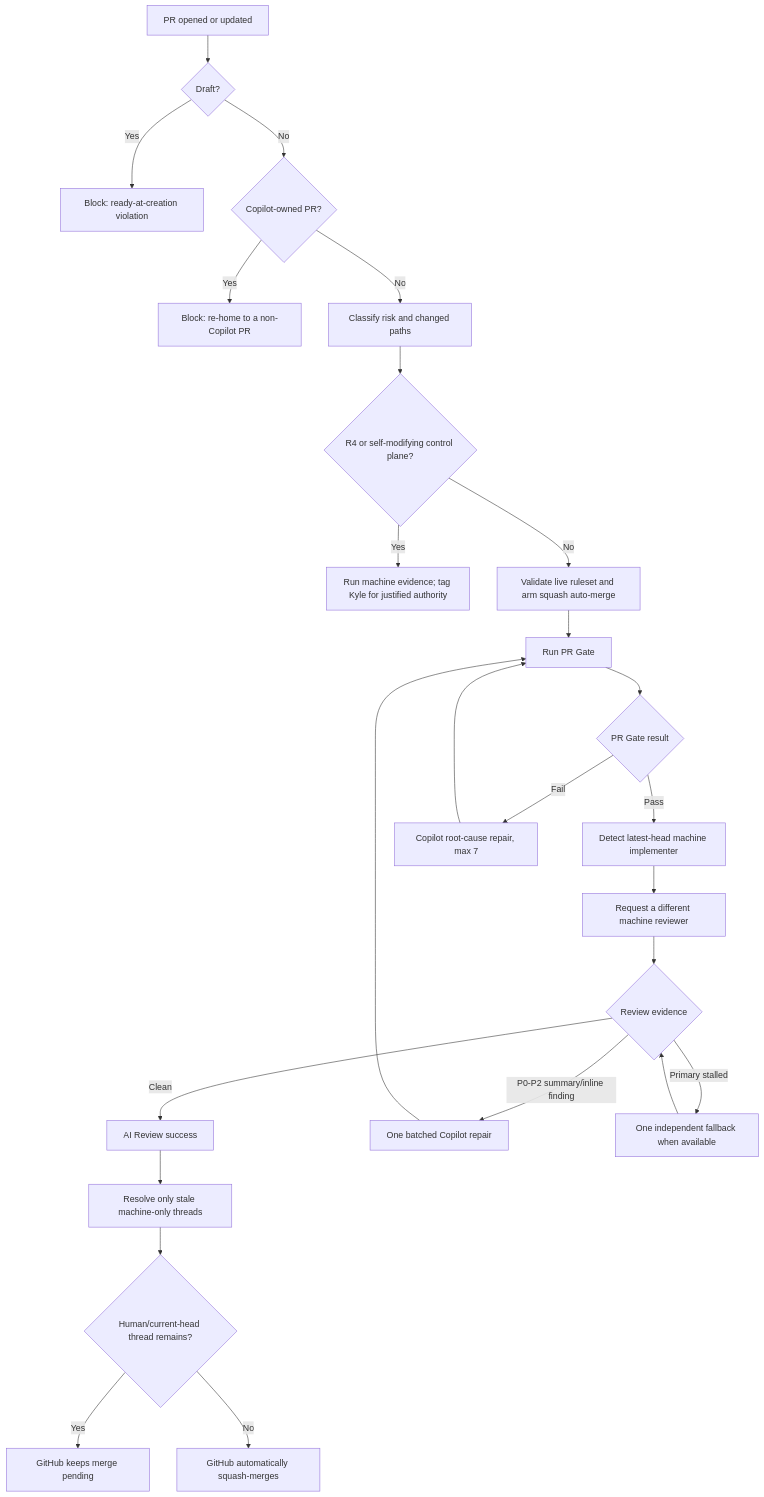
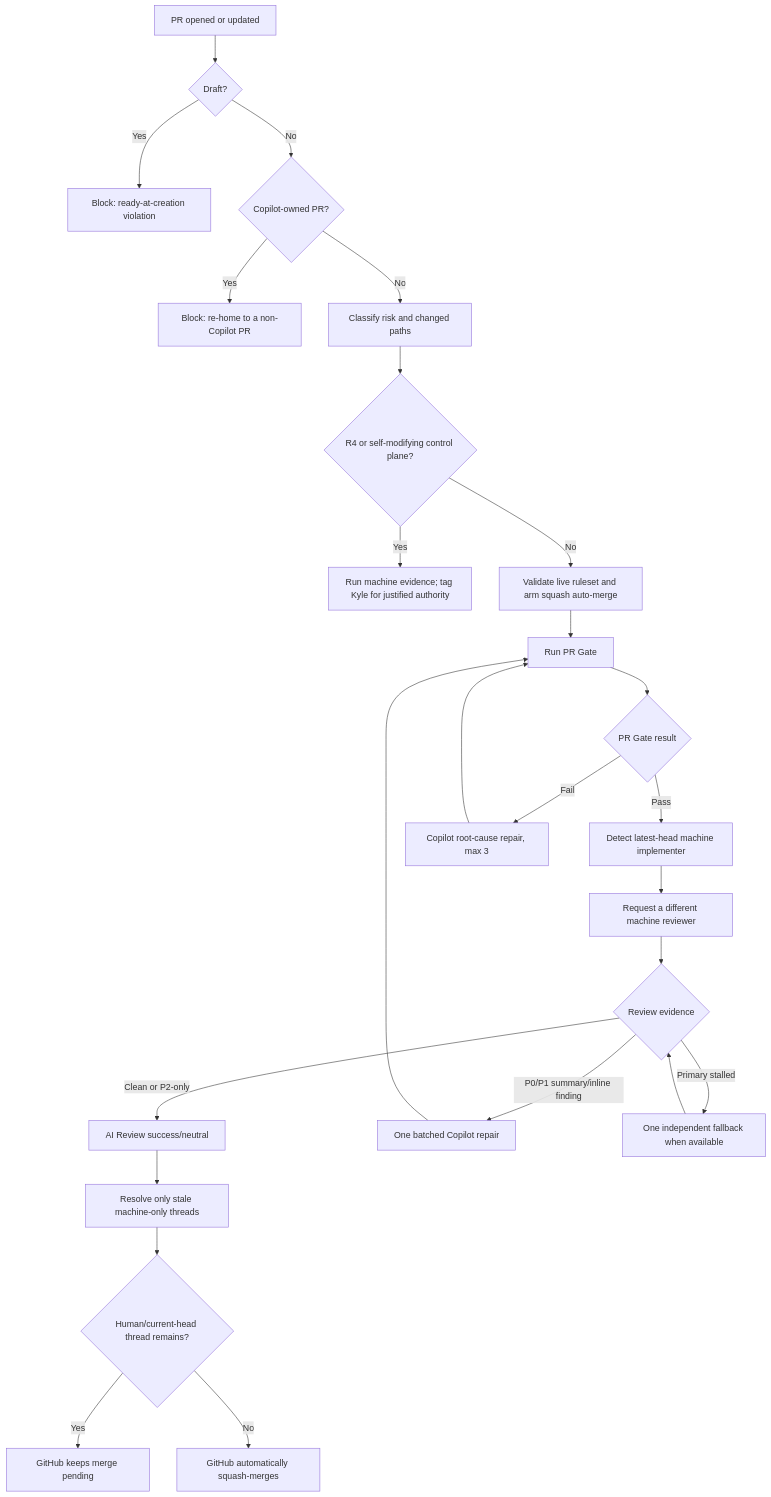
Before and after one commit to kgsmith19/agent-engineering-standard: the diagram in DELIVERY_GITHUB.md, drawn with Mermaid. The commit also changed other lines of this file, not shown here.

````diff
--- a/DELIVERY_GITHUB.md
+++ b/DELIVERY_GITHUB.md
@@ -68,27 +68,27 @@
 ```mermaid
 flowchart TD
     A[PR opened or updated] --> B{Draft?}
     B -- Yes --> C[Block: ready-at-creation violation]
     B -- No --> D{Copilot-owned PR?}
     D -- Yes --> E[Block: re-home to a non-Copilot PR]
     D -- No --> H[Classify risk and changed paths]
     H --> I{R4 or self-modifying control plane?}
     I -- Yes --> J[Run machine evidence; tag Kyle for justified authority]
     I -- No --> K[Validate live ruleset and arm squash auto-merge]
     K --> L[Run PR Gate]
     L --> M{PR Gate result}
     M -- Pass --> N[Detect latest-head machine implementer]
-    M -- Fail --> O[Copilot root-cause repair, max 7]
+    M -- Fail --> O[Copilot root-cause repair, max 3]
     O --> L
     N --> P[Request a different machine reviewer]
     P --> Q{Review evidence}
-    Q -- Clean --> R[AI Review success]
-    Q -- P0-P2 summary/inline finding --> S[One batched Copilot repair]
+    Q -- Clean or P2-only --> R[AI Review success/neutral]
+    Q -- P0/P1 summary/inline finding --> S[One batched Copilot repair]
     S --> L
     Q -- Primary stalled --> T[One independent fallback when available]
     T --> Q
     R --> U[Resolve only stale machine-only threads]
     U --> V{Human/current-head thread remains?}
     V -- Yes --> W[GitHub keeps merge pending]
     V -- No --> X[GitHub automatically squash-merges]
 ```
````
